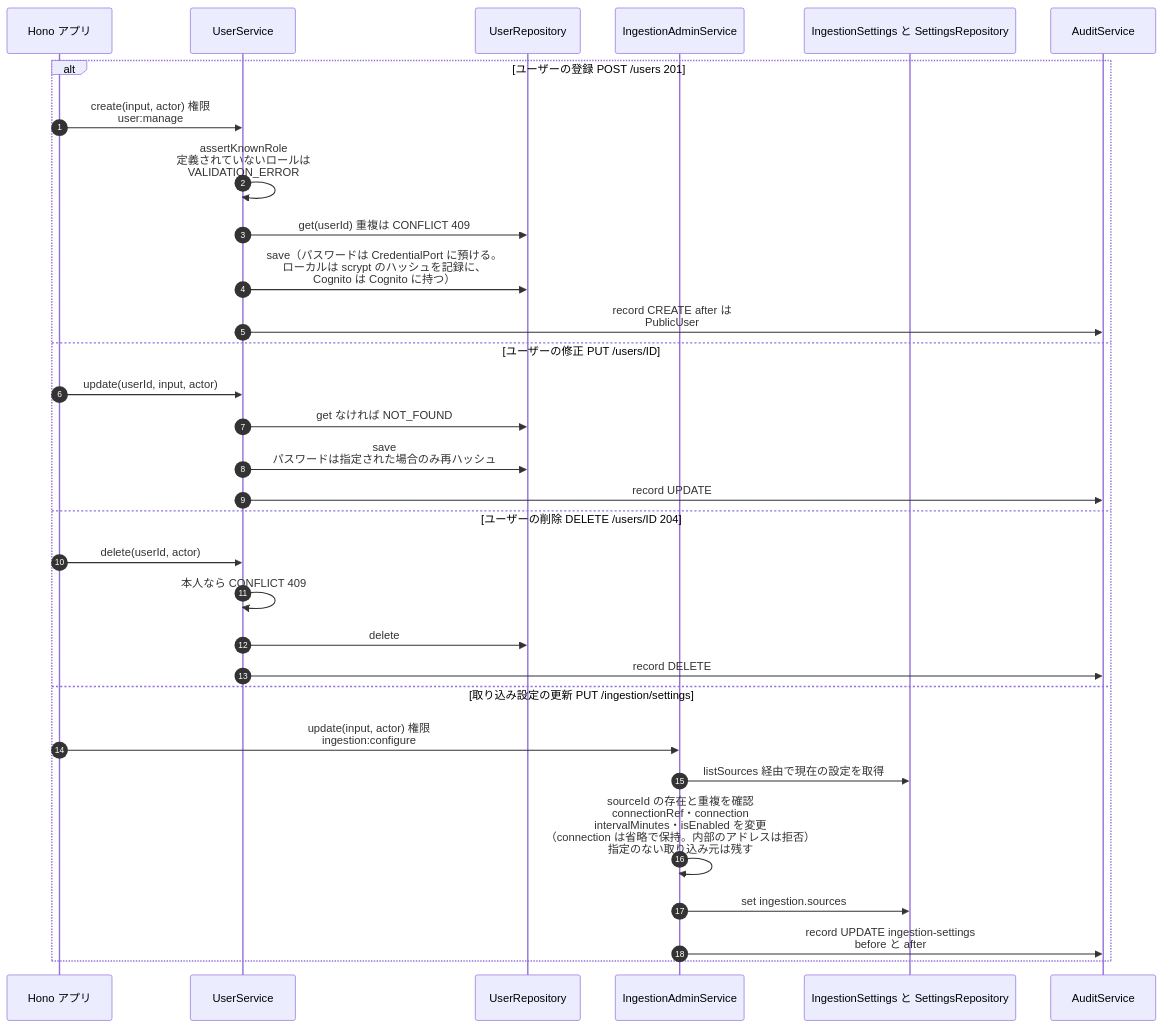
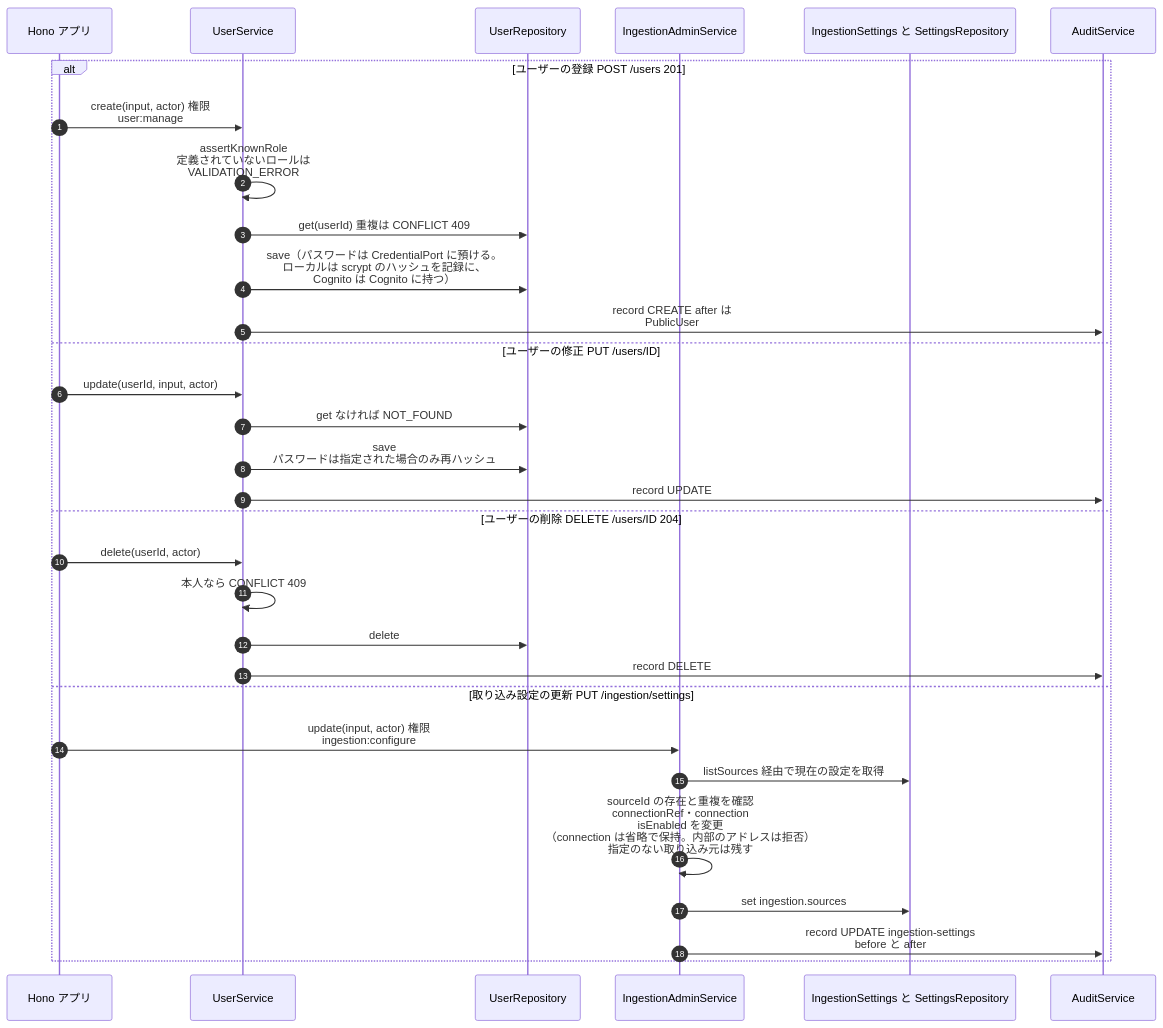
Diagram 26 of 46 in docs/10_design/architecture/as-built.md (NS-APU/smart-farm-monitoring), drawn with Mermaid before and after one commit. The commit also changed other lines of this file and 34 other files, not shown here.

````diff
--- a/docs/10_design/architecture/as-built.md
+++ b/docs/10_design/architecture/as-built.md
@@ -1760,34 +1760,34 @@
 ```mermaid
 sequenceDiagram
   autonumber
   participant APP as Hono アプリ
   participant US as UserService
   participant UR as UserRepository
   participant IA as IngestionAdminService
   participant SR as IngestionSettings と SettingsRepository
   participant AU as AuditService
 
   alt ユーザーの登録 POST /users 201
     APP->>US: create(input, actor) 権限<br>user:manage
     US->>US: assertKnownRole<br>定義されていないロールは<br>VALIDATION_ERROR
     US->>UR: get(userId) 重複は CONFLICT 409
     US->>UR: save（パスワードは CredentialPort に預ける。<br>ローカルは scrypt のハッシュを記録に、<br>Cognito は Cognito に持つ）
     US->>AU: record CREATE after は<br>PublicUser
   else ユーザーの修正 PUT /users/ID
     APP->>US: update(userId, input, actor)
     US->>UR: get なければ NOT_FOUND
     US->>UR: save<br>パスワードは指定された場合のみ再ハッシュ
     US->>AU: record UPDATE
   else ユーザーの削除 DELETE /users/ID 204
     APP->>US: delete(userId, actor)
     US->>US: 本人なら CONFLICT 409
     US->>UR: delete
     US->>AU: record DELETE
   else 取り込み設定の更新 PUT /ingestion/settings
     APP->>IA: update(input, actor) 権限<br>ingestion:configure
     IA->>SR: listSources 経由で現在の設定を取得
-    IA->>IA: sourceId の存在と重複を確認<br>connectionRef・connection<br>intervalMinutes・isEnabled を変更<br>（connection は省略で保持。内部のアドレスは拒否）<br>指定のない取り込み元は残す
+    IA->>IA: sourceId の存在と重複を確認<br>connectionRef・connection<br>isEnabled を変更<br>（connection は省略で保持。内部のアドレスは拒否）<br>指定のない取り込み元は残す
     IA->>SR: set ingestion.sources
     IA->>AU: record UPDATE ingestion-settings<br>before と after
   end
 ```
````
